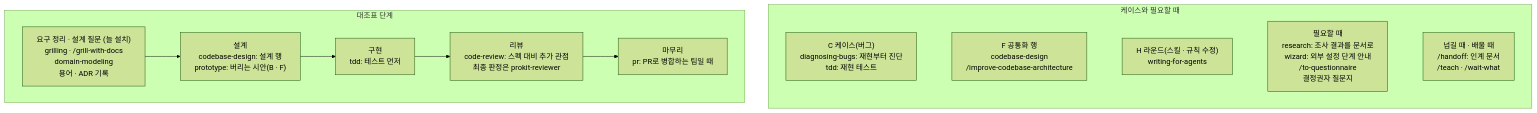
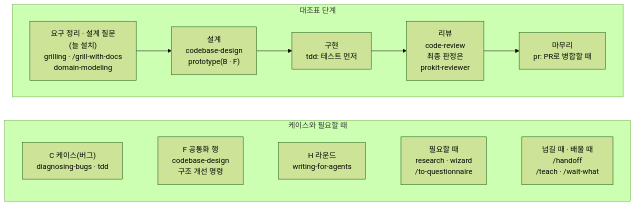
One commit to roadkwon-ai/pro-kit changed the second of 4 diagrams in handbook/skills/brains.md. Above: the diagram before and after it, drawn with Mermaid (forest theme). The commit also changed other lines of this file and 3 other files, not shown here.

````diff
--- a/handbook/skills/brains.md
+++ b/handbook/skills/brains.md
@@ -176,22 +173,25 @@
 ```mermaid
 ---
 config:
   flowchart:
-    wrappingWidth: 240
+    wrappingWidth: 200
 ---
 flowchart TB
+  accTitle: mattpocock 스킬이 쓰이는 단계와 케이스
+  accDescr: 대조표 단계는 요구 정리, 설계, 구현, 리뷰, 마무리 순서예요. 그 아래에 C 케이스, F 공통화 행, H 라운드, 필요할 때, 넘길 때와 배울 때 쓰는 스킬이 있어요.
+  subgraph M["대조표 단계"]
+    S1["요구 정리 · 설계 질문<br/>(늘 설치)<br/>grilling · /grill-with-docs<br/>domain-modeling"] --> S2["설계<br/>codebase-design<br/>prototype(B · F)"]
+    S2 --> S3["구현<br/>tdd: 테스트 먼저"]
+    S3 --> S4["리뷰<br/>code-review<br/>최종 판정은<br/>prokit-reviewer"]
+    S4 --> S5["마무리<br/>pr: PR로 병합할 때"]
+  end
   subgraph X["케이스와 필요할 때"]
-    C["C 케이스(버그)<br/>diagnosing-bugs: 재현부터 진단<br/>tdd: 재현 테스트"]
-    F["F 공통화 행<br/>codebase-design<br/>/improve-codebase-architecture"]
-    H["H 라운드(스킬 · 규칙 수정)<br/>writing-for-agents"]
-    ANY["필요할 때<br/>research: 조사 결과를 문서로<br/>wizard: 외부 설정 단계 안내<br/>/to-questionnaire<br/>결정권자 질문지"]
-    T["넘길 때 · 배울 때<br/>/handoff: 인계 문서<br/>/teach · /wait-what"]
+    C["C 케이스(버그)<br/>diagnosing-bugs · tdd"]
+    F["F 공통화 행<br/>codebase-design<br/>구조 개선 명령"]
+    H["H 라운드<br/>writing-for-agents"]
+    ANY["필요할 때<br/>research · wizard<br/>/to-questionnaire"]
+    T["넘길 때 · 배울 때<br/>/handoff<br/>/teach · /wait-what"]
     C ~~~ F ~~~ H ~~~ ANY ~~~ T
   end
-  subgraph M["대조표 단계"]
-    S1["요구 정리 · 설계 질문 (늘 설치)<br/>grilling · /grill-with-docs<br/>domain-modeling<br/>용어 · ADR 기록"] --> S2["설계<br/>codebase-design: 설계 행<br/>prototype: 버리는 시안(B · F)"]
-    S2 --> S3["구현<br/>tdd: 테스트 먼저"]
-    S3 --> S4["리뷰<br/>code-review: 스펙 대비 추가 관점<br/>최종 판정은 prokit-reviewer"]
-    S4 --> S5["마무리<br/>pr: PR로 병합하는 팀일 때"]
-  end
+  M ~~~ X
 ```
````
